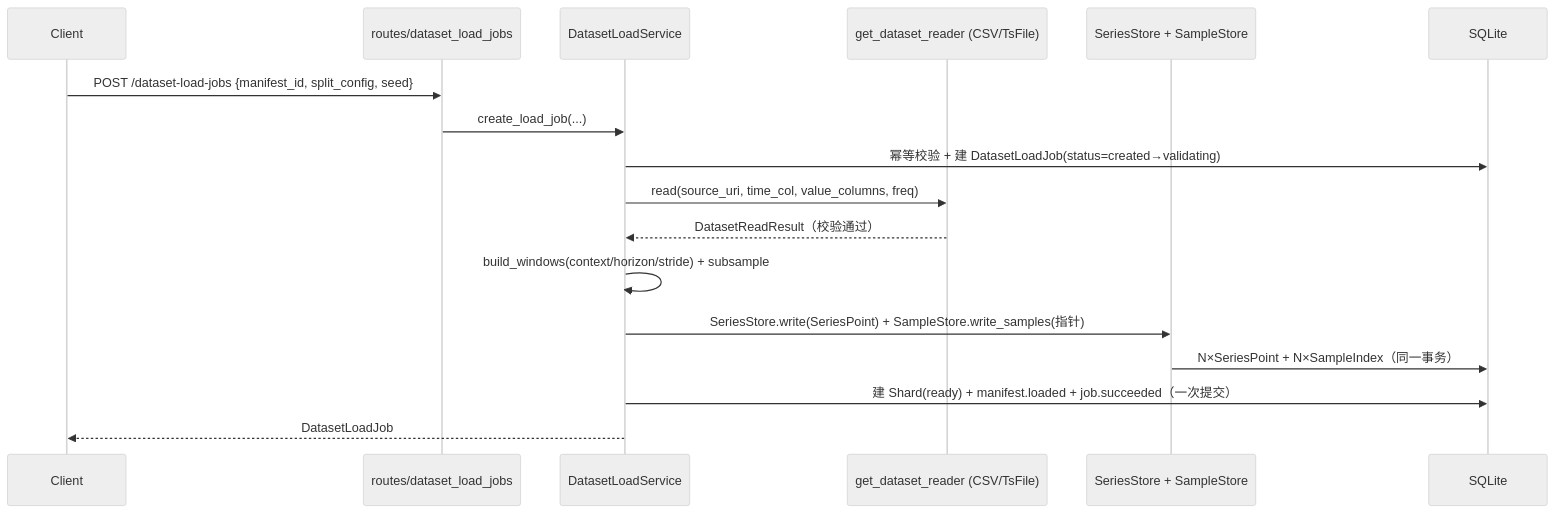
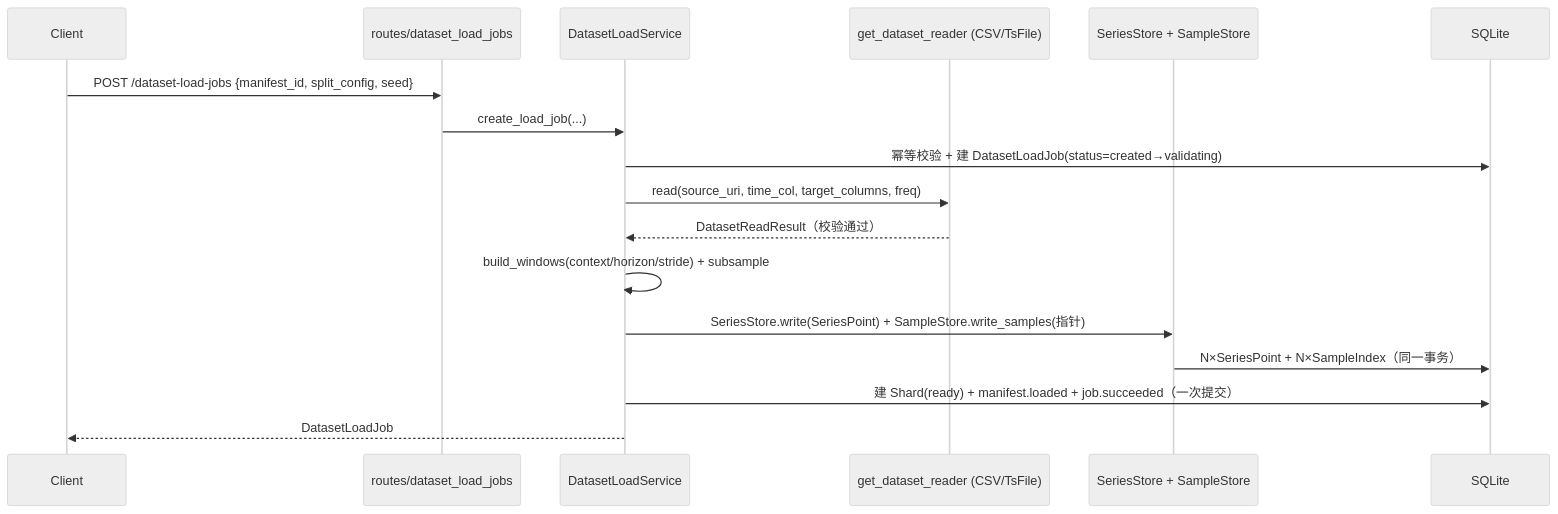
One commit to thulab/CaFE changed the second of 7 diagrams in docs/developer/key-flows.md. Above: the diagram before and after it, drawn with Mermaid (neutral theme). The commit also changed other lines of this file and 6 other files, not shown here.

````diff
--- a/docs/developer/key-flows.md
+++ b/docs/developer/key-flows.md
@@ -127,20 +127,20 @@
 ```mermaid
 sequenceDiagram
     participant C as Client
     participant R as routes/dataset_load_jobs
     participant DLS as DatasetLoadService
     participant RD as get_dataset_reader (CSV/TsFile)
     participant SS as SeriesStore + SampleStore
     participant DB as SQLite
 
     C->>R: POST /dataset-load-jobs {manifest_id, split_config, seed}
     R->>DLS: create_load_job(...)
     DLS->>DB: 幂等校验 + 建 DatasetLoadJob(status=created→validating)
-    DLS->>RD: read(source_uri, time_col, value_columns, freq)
+    DLS->>RD: read(source_uri, time_col, target_columns, freq)
     RD-->>DLS: DatasetReadResult（校验通过）
     DLS->>DLS: build_windows(context/horizon/stride) + subsample
     DLS->>SS: SeriesStore.write(SeriesPoint) + SampleStore.write_samples(指针)
     SS->>DB: N×SeriesPoint + N×SampleIndex（同一事务）
     DLS->>DB: 建 Shard(ready) + manifest.loaded + job.succeeded（一次提交）
     DLS-->>C: DatasetLoadJob
 ```
````
